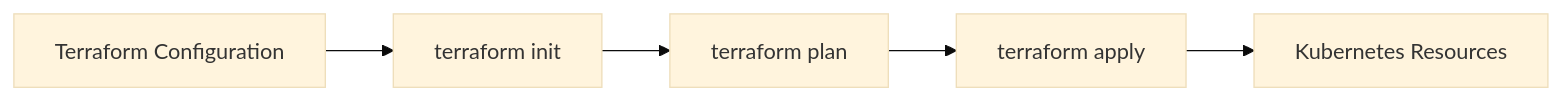
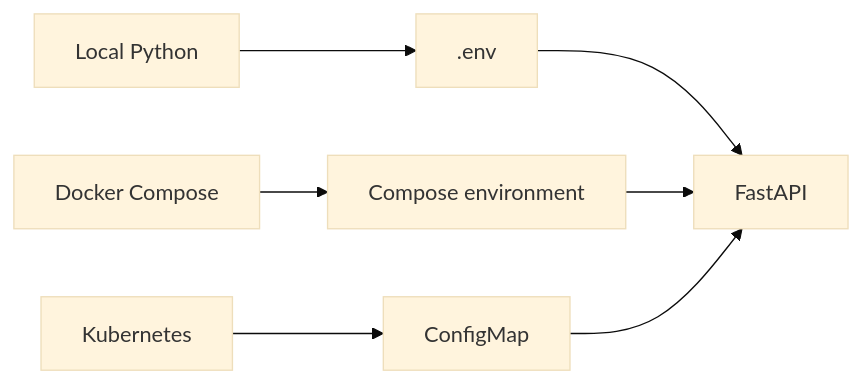
One commit to JakubSx01/Todo_DevOps_project changed the fourth of 5 diagrams in README.md. Above: the diagram before and after it, drawn with Mermaid (base theme). The commit also changed other lines of this file, not shown here.

Commit message:
Update README with current Docker and Kubernetes progress

````diff
--- a/README.md
+++ b/README.md
@@ -311,13 +197,10 @@
 ```mermaid
 flowchart LR
+    LOCAL[Local Python] --> ENV[.env]
+    COMPOSE[Docker Compose] --> COMPOSE_ENV[Compose environment]
+    K8S[Kubernetes] --> CONFIGMAP[ConfigMap]
 
-    CONFIG[Terraform Configuration]
-
-    CONFIG --> INIT[terraform init]
-
-    INIT --> PLAN[terraform plan]
-
-    PLAN --> APPLY[terraform apply]
-
-    APPLY --> K8S[Kubernetes Resources]
+    ENV --> APP[FastAPI]
+    COMPOSE_ENV --> APP
+    CONFIGMAP --> APP
 ```
````
